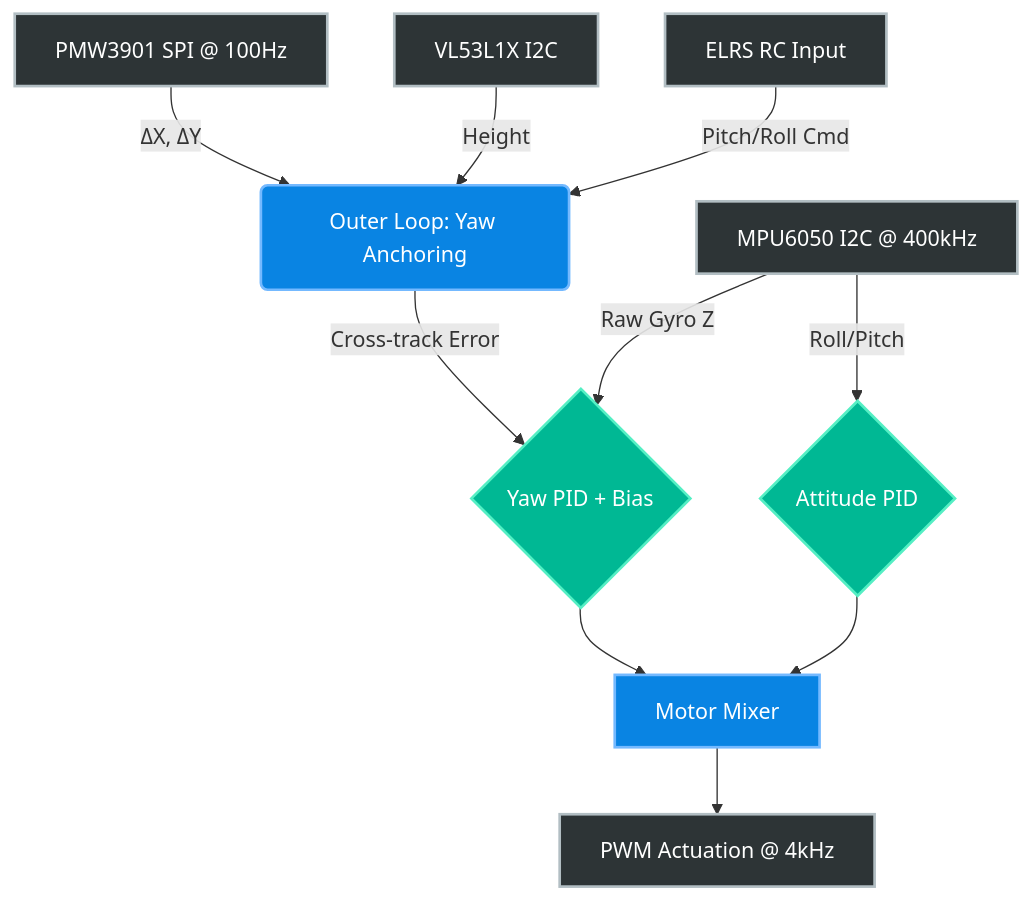
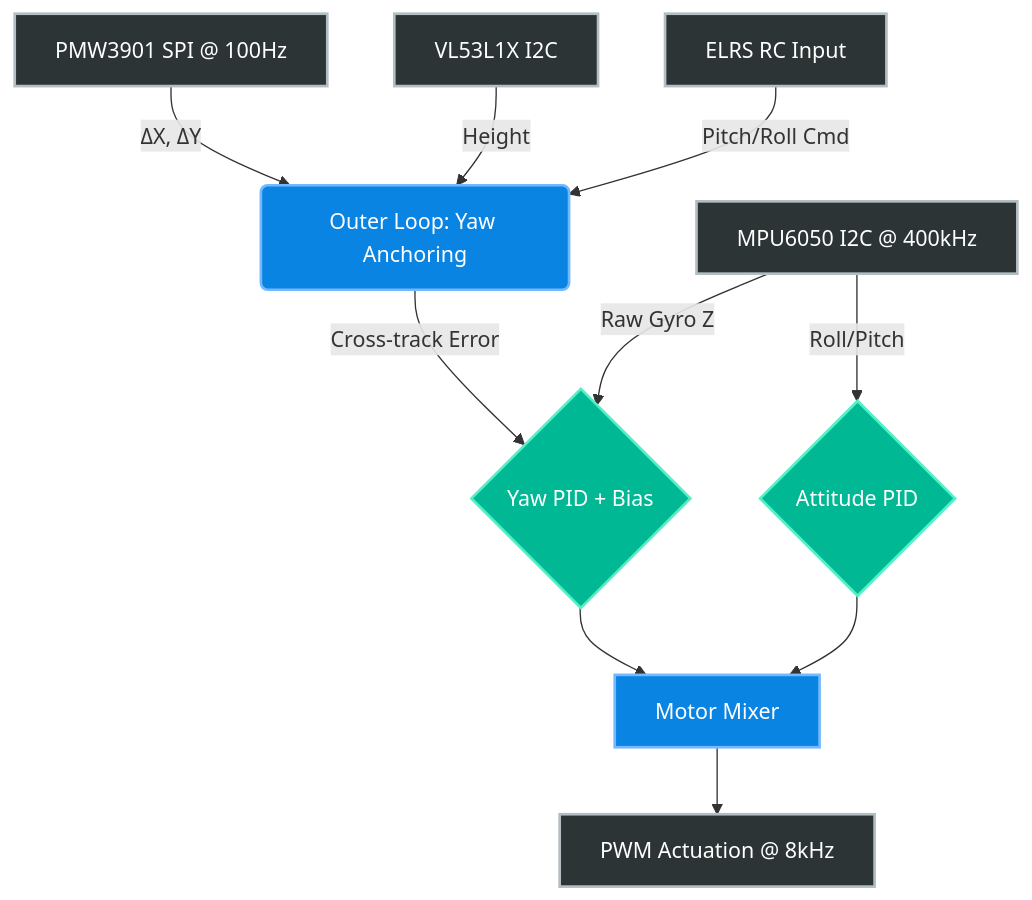
The diagram in docs/M3-docs/current_workload.md (chinart123/ESP32-Quadcopter), drawn with Mermaid before and after one commit. The commit also changed other lines of this file, not shown here.

````diff
--- a/docs/M3-docs/current_workload.md
+++ b/docs/M3-docs/current_workload.md
@@ -29,19 +49,19 @@
 ```mermaid
 graph TD
     classDef hw fill:#2d3436,color:#fff,stroke:#b2bec3,stroke-width:2px;
     classDef sw fill:#0984e3,color:#fff,stroke:#74b9ff,stroke-width:2px;
     classDef pid fill:#00b894,color:#fff,stroke:#55efc4,stroke-width:2px;
 
     S1[PMW3901 SPI @ 100Hz]:::hw -->|ΔX, ΔY| O1(Outer Loop: Yaw Anchoring):::sw
     S2[VL53L1X I2C]:::hw -->|Height| O1
     RC[ELRS RC Input]:::hw -->|Pitch/Roll Cmd| O1
 
     O1 -->|Cross-track Error| P1{Yaw PID + Bias}:::pid
 
     S3[MPU6050 I2C @ 400kHz]:::hw -->|Raw Gyro Z| P1
     S3 -->|Roll/Pitch| P2{Attitude PID}:::pid
 
     P1 --> M[Motor Mixer]:::sw
     P2 --> M
-    M --> PWM[PWM Actuation @ 4kHz]:::hw
+    M --> PWM[PWM Actuation @ 8kHz]:::hw
 ```
````
